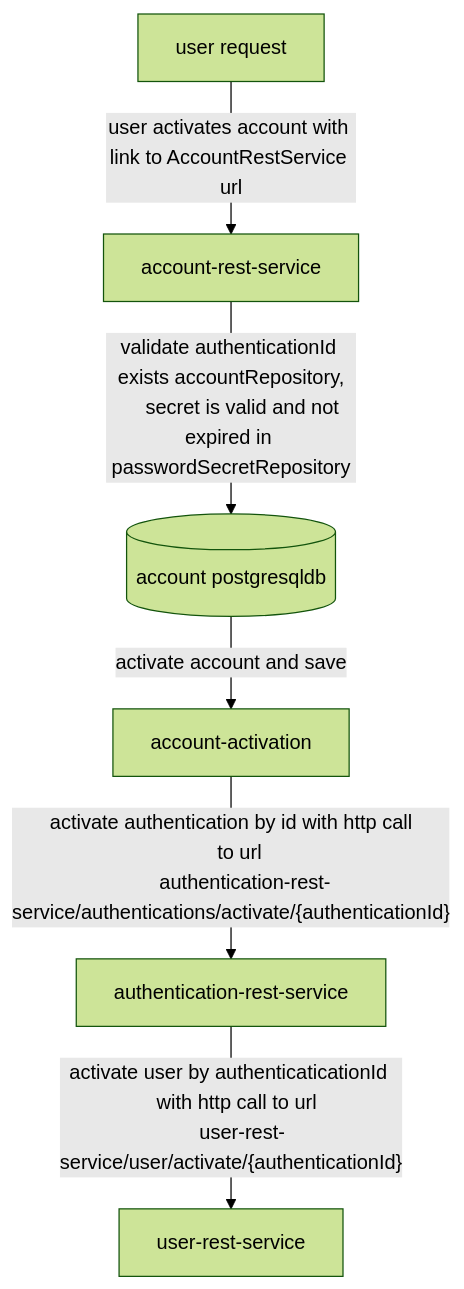
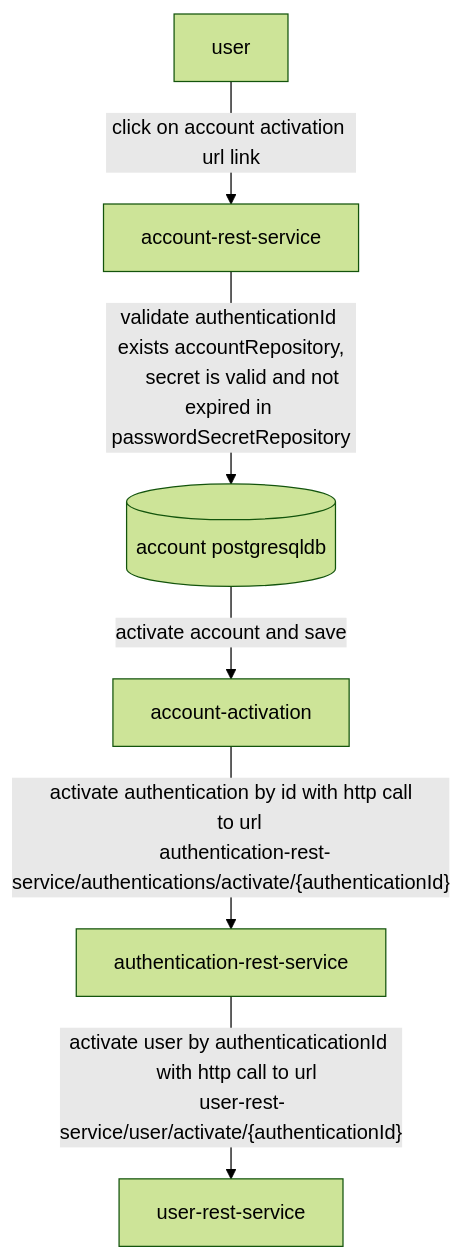
The diagram in README.md (sonamsamdupkhangsar/account-rest-service), drawn with Mermaid (forest theme) before and after one commit.

Commit message:
commit flow

````diff
--- a/README.md
+++ b/README.md
@@ -63,13 +63,13 @@
 ```mermaid
 flowchart TD
-    UserRequest[user request] -->|user activates account with link to AccountRestService url| AccountRestService[account-rest-service] 
+    User[user] --"click on account activation url link" -->  AccountRestService[account-rest-service] 
     AccountRestService --"validate authenticationId exists accountRepository,
      secret is valid and not expired in passwordSecretRepository" --> AccountPgsqlDb[(account postgresqldb)]
     AccountPgsqlDb --> | activate account and save | AccountActivated[account-activation]
     AccountActivated -- "activate authentication by id with http call
      to url  
      authentication-rest-service/authentications/activate/{authenticationId}" --> AuthtenticationRestService[authentication-rest-service]
     AuthtenticationRestService --"activate user by authenticaticationId 
     with http call to url  
     user-rest-service/user/activate/{authenticationId}" --> UserRestService[user-rest-service]    
 ```
````
